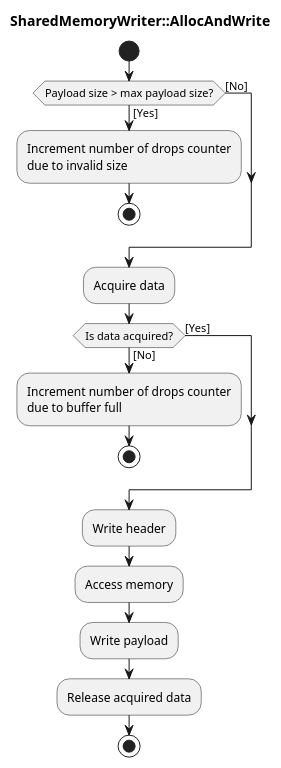
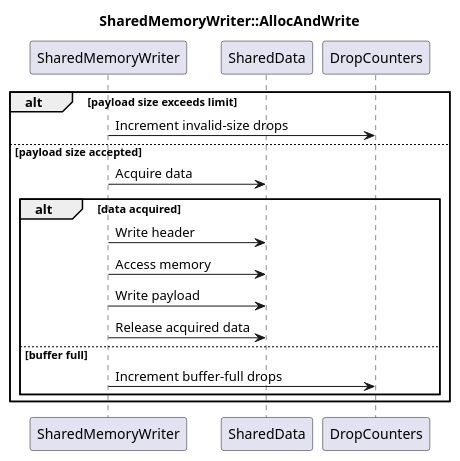
Before and after one commit to eclipse-score/logging: the diagram in score/mw/log/design/backend/datarouter_backend/shared_memory_writer_allocandwrite.puml, drawn with PlantUML. The commit also changed 12 other files, not shown here.

First line of the commit message:
Fix puml diagrams to comply with score_tooling 2.x parser

```diff
--- a/score/mw/log/design/backend/datarouter_backend/shared_memory_writer_allocandwrite.puml
+++ b/score/mw/log/design/backend/datarouter_backend/shared_memory_writer_allocandwrite.puml
@@ -14,33 +14,23 @@
 @startuml shared_memory_writer_allocandwrite
 
 title SharedMemoryWriter::AllocAndWrite
 
-start
+participant "SharedMemoryWriter" as SharedMemoryWriter
+participant "SharedData" as SharedData
+participant "DropCounters" as DropCounters
 
-if (Payload size > max payload size?) then ([Yes])
-    :Increment number of drops counter
-    due to invalid size;
-    stop
-else ([No])
-endif
-
-:Acquire data;
-
-if (Is data acquired?) then ([Yes])
-else ([No])
-    :Increment number of drops counter
-    due to buffer full;
-    stop
-endif
-
-:Write header;
-
-:Access memory;
-
-:Write payload;
-
-:Release acquired data;
-
-stop
+alt payload size exceeds limit
+    SharedMemoryWriter -> DropCounters : Increment invalid-size drops
+else payload size accepted
+    SharedMemoryWriter -> SharedData : Acquire data
+    alt data acquired
+        SharedMemoryWriter -> SharedData : Write header
+        SharedMemoryWriter -> SharedData : Access memory
+        SharedMemoryWriter -> SharedData : Write payload
+        SharedMemoryWriter -> SharedData : Release acquired data
+    else buffer full
+        SharedMemoryWriter -> DropCounters : Increment buffer-full drops
+    end
+end
 
 @enduml
```
